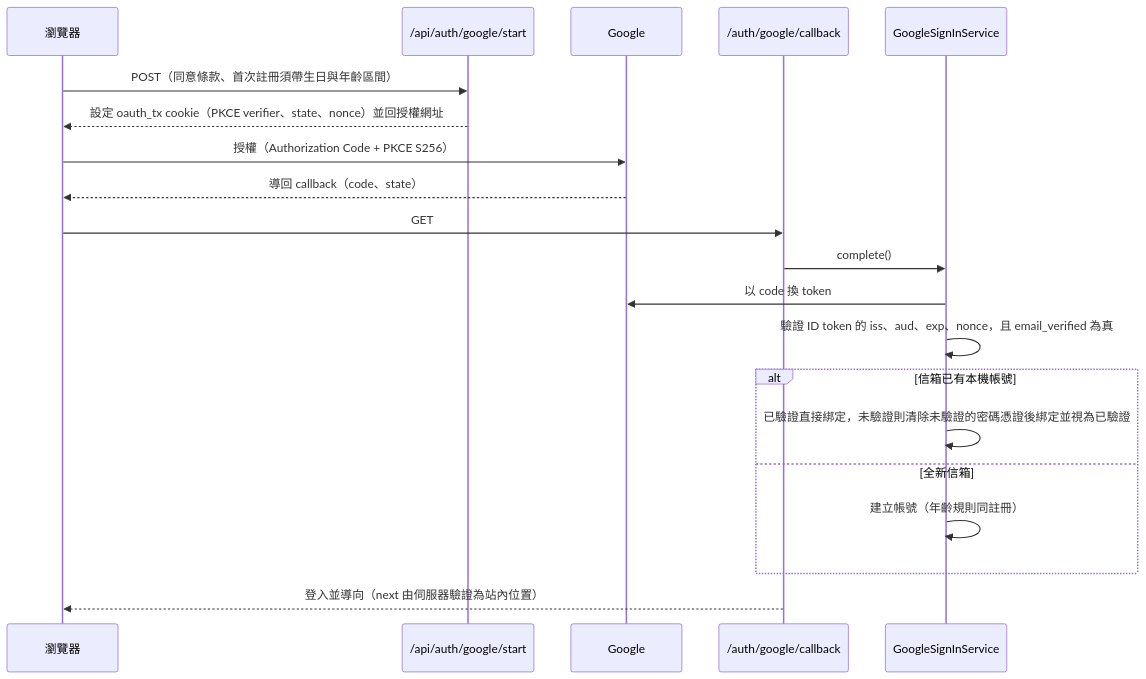
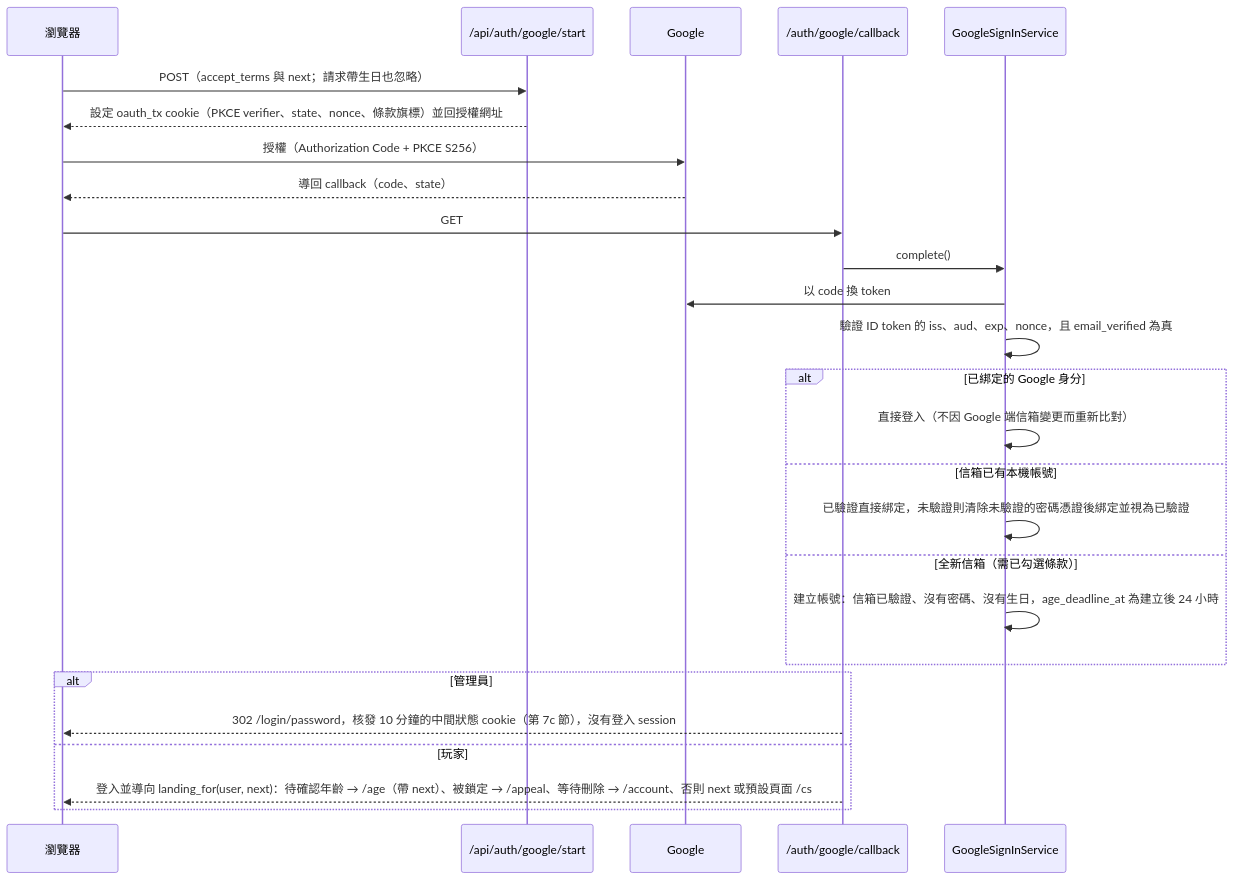
Before and after one commit to pp466pp466/R.A.C: the fourth of 9 diagrams in docs/帳號與安全-auth-security.md, drawn with Mermaid. The commit also changed other lines of this file and 170 other files, not shown here.

First line of the commit message:
實作 google-first-login（change ①）：Google 優先登入、登入後年齡確認、帳號鎖定與申訴、管理員二階段登入

````diff
--- a/docs/帳號與安全-auth-security.md
+++ b/docs/帳號與安全-auth-security.md
@@ -87,23 +95,29 @@
 ```mermaid
 sequenceDiagram
     participant B as 瀏覽器
     participant A as /api/auth/google/start
     participant G as Google
     participant C as /auth/google/callback
     participant S as GoogleSignInService
 
-    B->>A: POST（同意條款、首次註冊須帶生日與年齡區間）
-    A-->>B: 設定 oauth_tx cookie（PKCE verifier、state、nonce）並回授權網址
+    B->>A: POST（accept_terms 與 next；請求帶生日也忽略）
+    A-->>B: 設定 oauth_tx cookie（PKCE verifier、state、nonce、條款旗標）並回授權網址
     B->>G: 授權（Authorization Code + PKCE S256）
     G-->>B: 導回 callback（code、state）
     B->>C: GET
     C->>S: complete()
     S->>G: 以 code 換 token
     S->>S: 驗證 ID token 的 iss、aud、exp、nonce，且 email_verified 為真
-    alt 信箱已有本機帳號
+    alt 已綁定的 Google 身分
+        S->>S: 直接登入（不因 Google 端信箱變更而重新比對）
+    else 信箱已有本機帳號
         S->>S: 已驗證直接綁定，未驗證則清除未驗證的密碼憑證後綁定並視為已驗證
-    else 全新信箱
-        S->>S: 建立帳號（年齡規則同註冊）
+    else 全新信箱（需已勾選條款）
+        S->>S: 建立帳號：信箱已驗證、沒有密碼、沒有生日，age_deadline_at 為建立後 24 小時
     end
-    C-->>B: 登入並導向（next 由伺服器驗證為站內位置）
+    alt 管理員
+        C-->>B: 302 /login/password，核發 10 分鐘的中間狀態 cookie（第 7c 節），沒有登入 session
+    else 玩家
+        C-->>B: 登入並導向 landing_for(user, next)：待確認年齡 → /age（帶 next）、被鎖定 → /appeal、等待刪除 → /account、否則 next 或預設頁面 /cs
+    end
 ```
````
